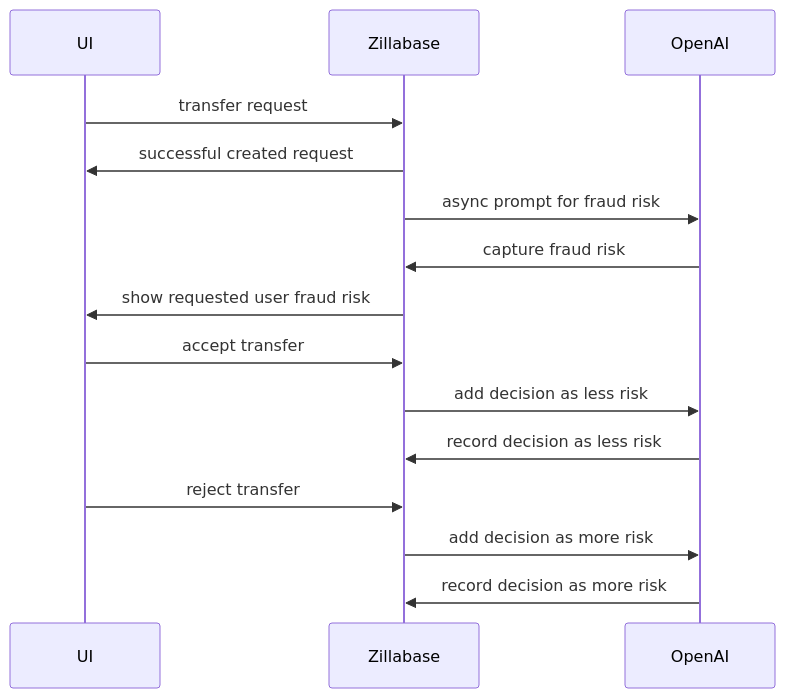
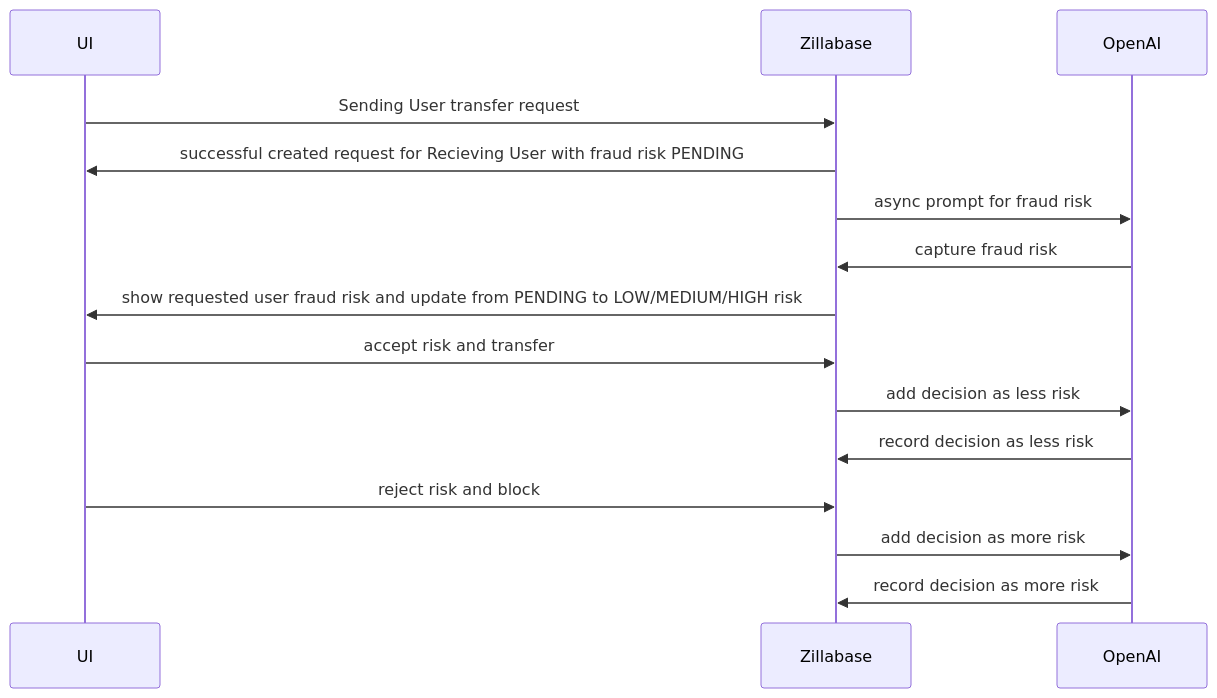
Before and after one commit to aklivity/zillabase: the diagram in examples/openai/README.md, drawn with Mermaid.

Commit message:
update diagram

````diff
--- a/examples/openai/README.md
+++ b/examples/openai/README.md
@@ -2,14 +2,14 @@
 ```mermaid
 sequenceDiagram
-    UI->>Zillabase: transfer request
-    Zillabase->>UI: successful created request
+    UI->>Zillabase: Sending User transfer request
+    Zillabase->>UI: successful created request for Recieving User with fraud risk PENDING
     Zillabase->>OpenAI: async prompt for fraud risk
     OpenAI->>Zillabase: capture fraud risk
-    Zillabase->>UI: show requested user fraud risk
-    UI->>Zillabase: accept transfer
+    Zillabase->>UI: show requested user fraud risk and update from PENDING to LOW/MEDIUM/HIGH risk
+    UI->>Zillabase: accept risk and transfer
     Zillabase->>OpenAI: add decision as less risk
     OpenAI->>Zillabase: record decision as less risk
-    UI->>Zillabase: reject transfer
+    UI->>Zillabase: reject risk and block
     Zillabase->>OpenAI: add decision as more risk
     OpenAI->>Zillabase: record decision as more risk
 ```
````
